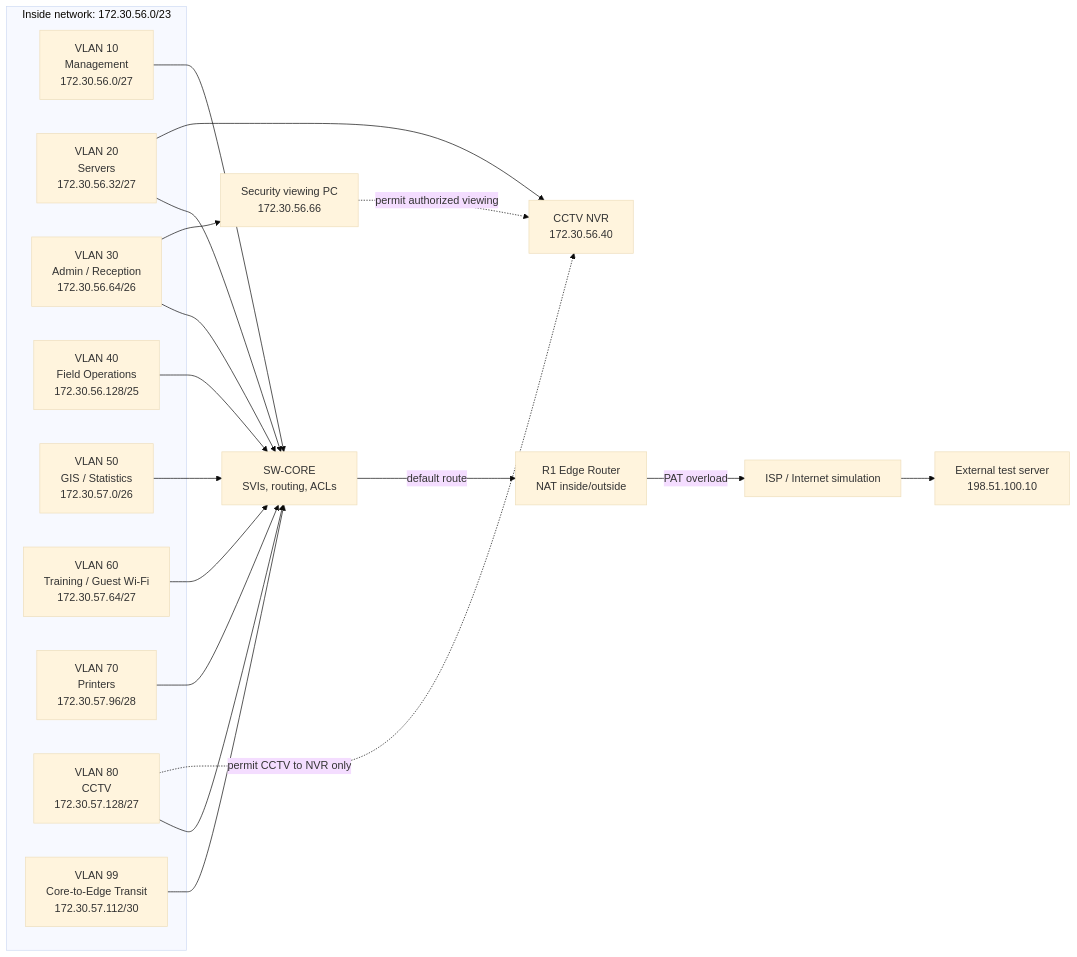
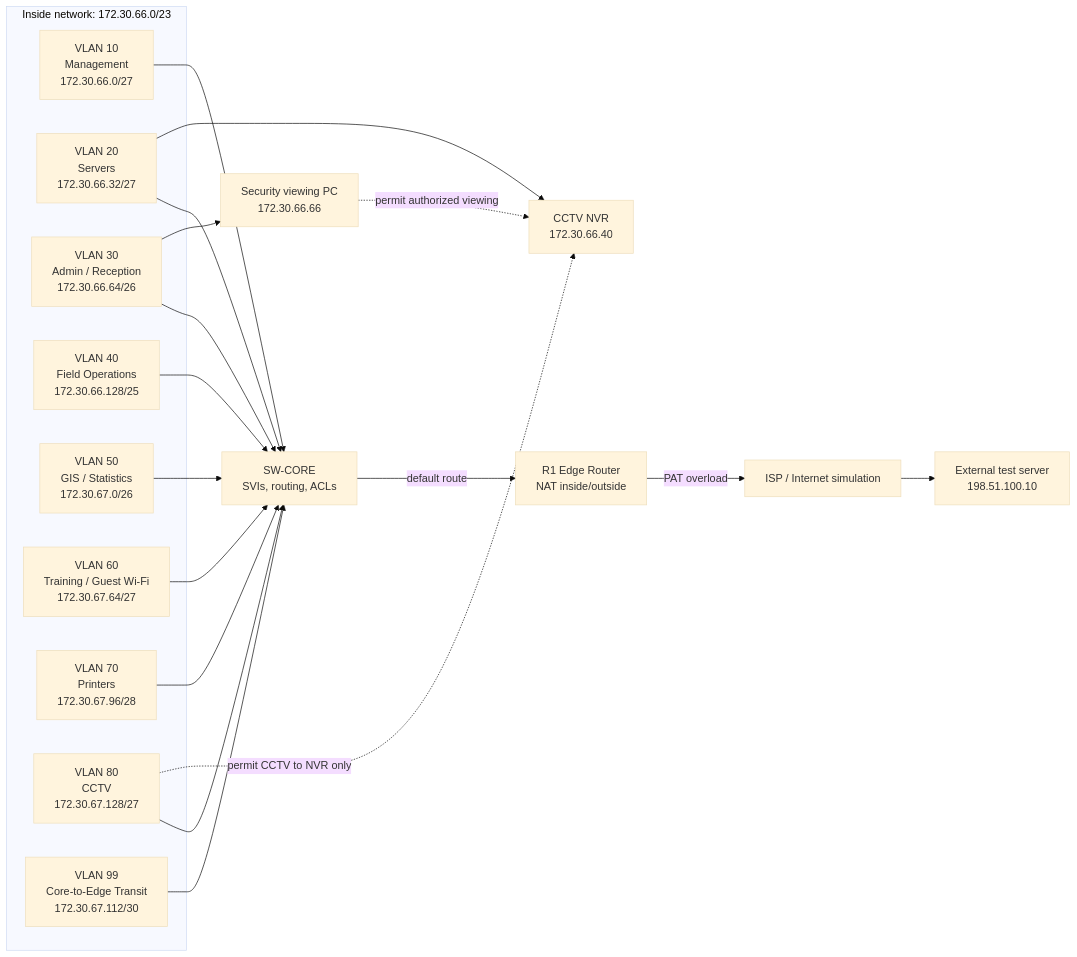
The diagram in logical-topology.md (kudzaimudzingwa40-cmd/CMPG-325-stats-sa-mafikeng-network), drawn with Mermaid (base theme) before and after one commit. The commit also changed other lines of this file, not shown here.

Commit message:
logical topology and VLAN configurations

````diff
--- a/logical-topology.md
+++ b/logical-topology.md
@@ -11,38 +11,38 @@
 ```mermaid
 flowchart LR
-    subgraph INSIDE["Inside network: 172.30.56.0/23"]
-        VLAN10["VLAN 10\nManagement\n172.30.56.0/27"]
-        VLAN20["VLAN 20\nServers\n172.30.56.32/27"]
-        VLAN30["VLAN 30\nAdmin / Reception\n172.30.56.64/26"]
-        VLAN40["VLAN 40\nField Operations\n172.30.56.128/25"]
-        VLAN50["VLAN 50\nGIS / Statistics\n172.30.57.0/26"]
-        VLAN60["VLAN 60\nTraining / Guest Wi-Fi\n172.30.57.64/27"]
-        VLAN70["VLAN 70\nPrinters\n172.30.57.96/28"]
-        VLAN80["VLAN 80\nCCTV\n172.30.57.128/27"]
-        VLAN99["VLAN 99\nCore-to-Edge Transit\n172.30.57.112/30"]
+    subgraph INSIDE["Inside network: 172.30.66.0/23"]
+        VLAN10["VLAN 10\nManagement\n172.30.66.0/27"]
+        VLAN20["VLAN 20\nServers\n172.30.66.32/27"]
+        VLAN30["VLAN 30\nAdmin / Reception\n172.30.66.64/26"]
+        VLAN40["VLAN 40\nField Operations\n172.30.66.128/25"]
+        VLAN50["VLAN 50\nGIS / Statistics\n172.30.67.0/26"]
+        VLAN60["VLAN 60\nTraining / Guest Wi-Fi\n172.30.67.64/27"]
+        VLAN70["VLAN 70\nPrinters\n172.30.67.96/28"]
+        VLAN80["VLAN 80\nCCTV\n172.30.67.128/27"]
+        VLAN99["VLAN 99\nCore-to-Edge Transit\n172.30.67.112/30"]
     end
 
     CORE["SW-CORE\nSVIs, routing, ACLs"]
     R1["R1 Edge Router\nNAT inside/outside"]
     ISP["ISP / Internet simulation"]
     EXT["External test server\n198.51.100.10"]
-    NVR["CCTV NVR\n172.30.56.40"]
-    ADMINPC["Security viewing PC\n172.30.56.66"]
+    NVR["CCTV NVR\n172.30.66.40"]
+    ADMINPC["Security viewing PC\n172.30.66.66"]
 
     VLAN10 --> CORE
     VLAN20 --> CORE
     VLAN30 --> CORE
     VLAN40 --> CORE
     VLAN50 --> CORE
     VLAN60 --> CORE
     VLAN70 --> CORE
     VLAN80 --> CORE
     VLAN99 --> CORE
     VLAN20 --> NVR
     VLAN30 --> ADMINPC
     VLAN80 -. "permit CCTV to NVR only" .-> NVR
     ADMINPC -. "permit authorized viewing" .-> NVR
     CORE -->|default route| R1
     R1 -->|PAT overload| ISP
     ISP --> EXT
 ```
````
